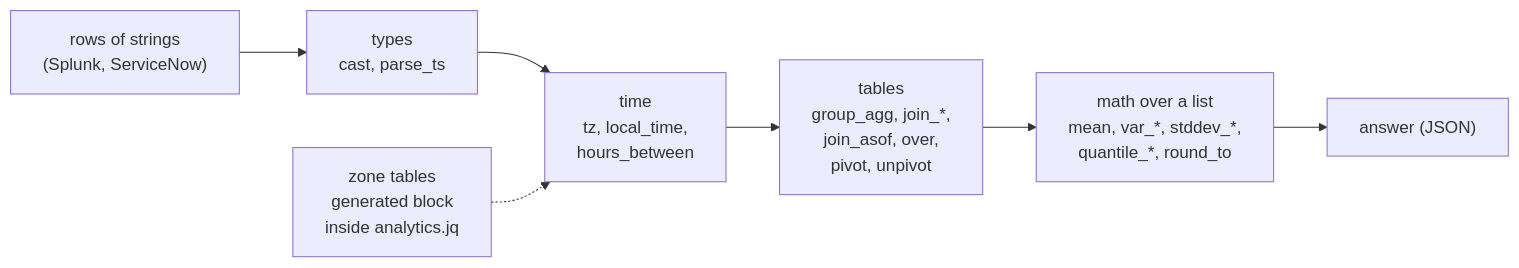
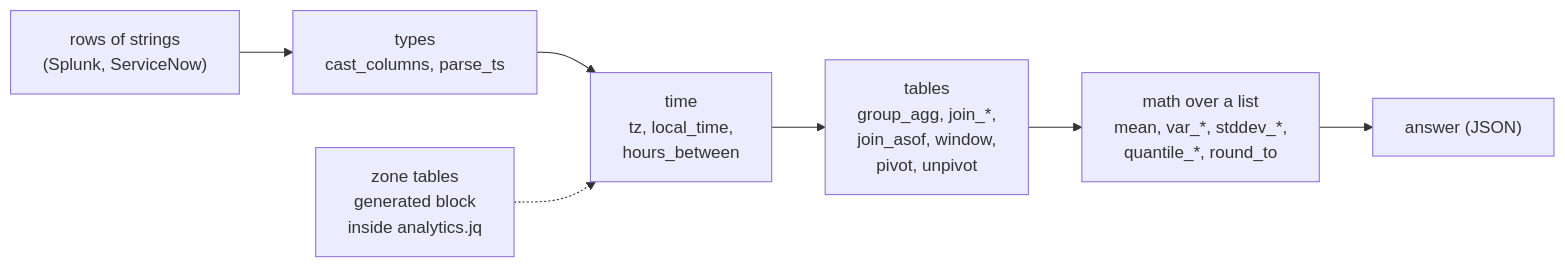
One commit to kundeng/jq-analytics changed the diagram in README.md. Above: the diagram before and after it, drawn with Mermaid.

Commit message:
README diagram: the two renamed functions

````diff
--- a/README.md
+++ b/README.md
@@ -54,9 +54,9 @@
 ```mermaid
 flowchart LR
-  A["rows of strings<br/>(Splunk, ServiceNow)"] --> B["types<br/>cast, parse_ts"]
+  A["rows of strings<br/>(Splunk, ServiceNow)"] --> B["types<br/>cast_columns, parse_ts"]
   B --> C["time<br/>tz, local_time,<br/>hours_between"]
-  C --> D["tables<br/>group_agg, join_*,<br/>join_asof, over,<br/>pivot, unpivot"]
+  C --> D["tables<br/>group_agg, join_*,<br/>join_asof, window,<br/>pivot, unpivot"]
   D --> E["math over a list<br/>mean, var_*, stddev_*,<br/>quantile_*, round_to"]
   E --> F["answer (JSON)"]
   T["zone tables<br/>generated block<br/>inside analytics.jq"] -.-> C
 ```
````
